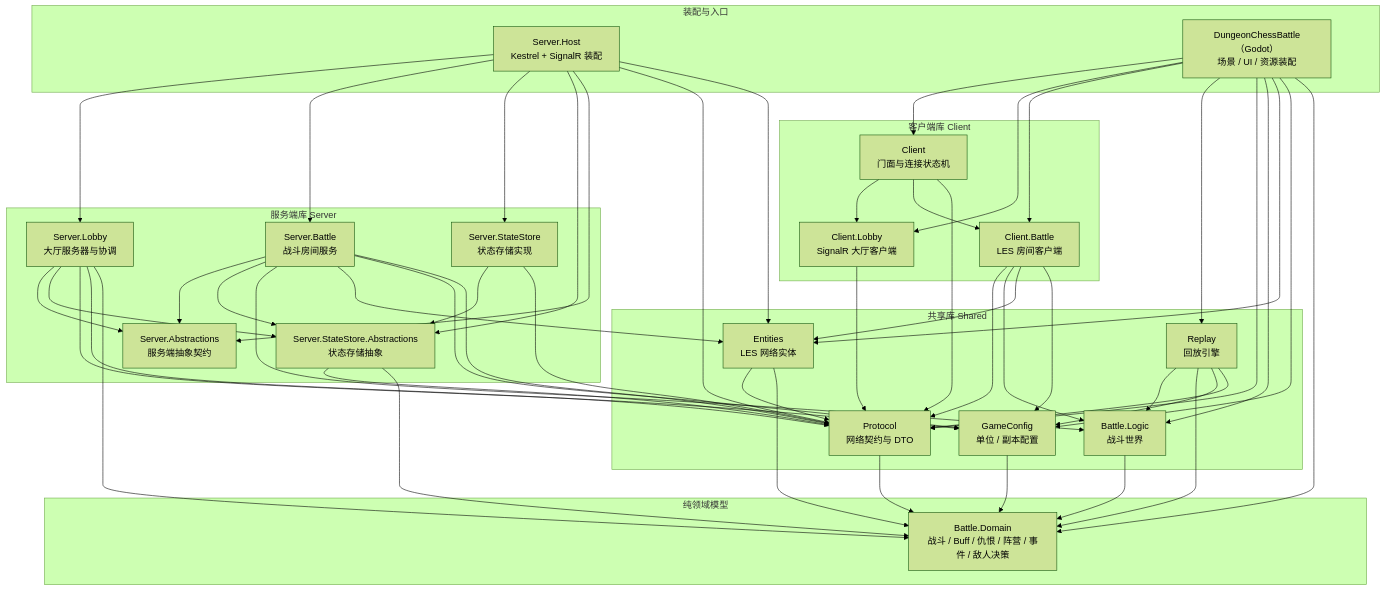
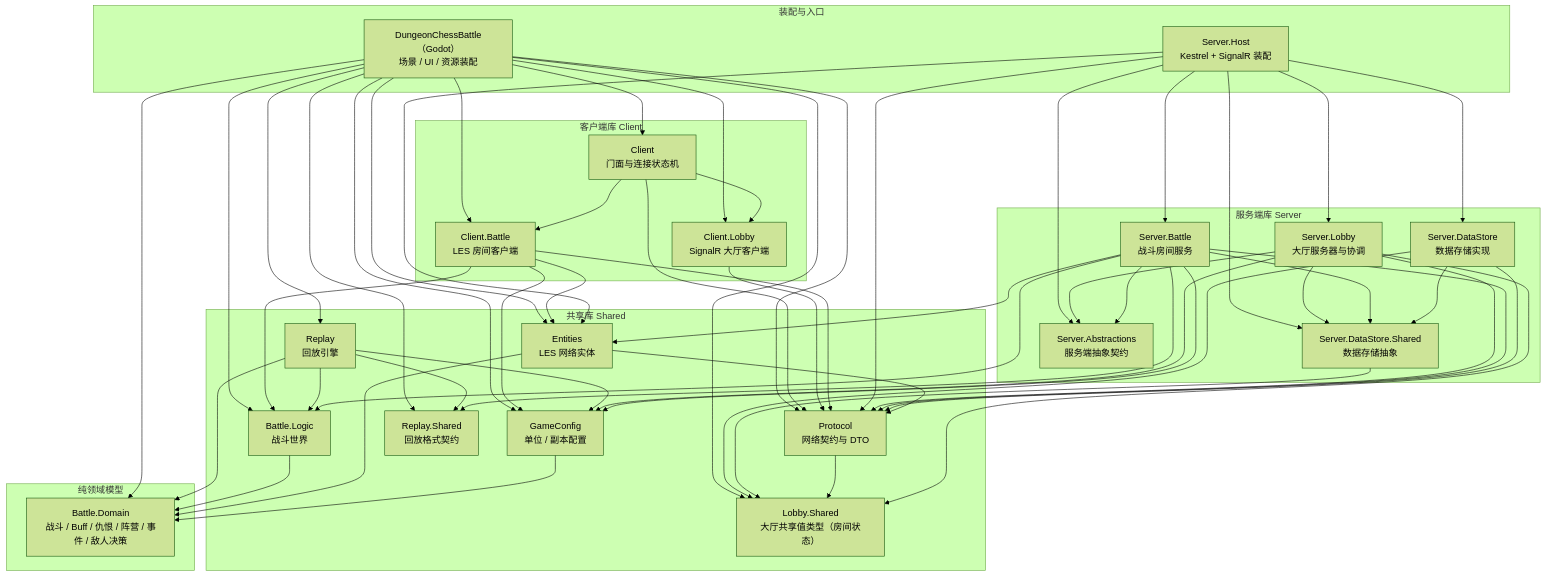
Before and after one commit to DrMelt/dungeon_chess_battle: the diagram in docs/architecture.md, drawn with Mermaid (forest theme). The commit also changed other lines of this file and 69 other files, not shown here.

Commit message:
refactor: 共享契约拆分独立库（Lobby.Shared / Replay.Shared），状态存储更名 DataStore，副本键归 GameConfig

```diff
--- a/docs/architecture.md
+++ b/docs/architecture.md
@@ -24,27 +24,31 @@
     subgraph ServerLayer["服务端库 Server"]
         LobbySrv["Server.Lobby<br>大厅服务器与协调"]
         BattleSrv["Server.Battle<br>战斗房间服务"]
-        Store["Server.StateStore<br>状态存储实现"]
-        StoreAbst["Server.StateStore.Abstractions<br>状态存储抽象"]
+        Store["Server.DataStore<br>数据存储实现"]
+        StoreAbst["Server.DataStore.Shared<br>数据存储抽象"]
         ServerAbst["Server.Abstractions<br>服务端抽象契约"]
     end
 
     subgraph SharedLayer["共享库 Shared"]
+        LobbyShared["Lobby.Shared<br>大厅共享值类型（房间状态）"]
         Protocol["Protocol<br>网络契约与 DTO"]
         Logic["Battle.Logic<br>战斗世界"]
         Entities["Entities<br>LES 网络实体"]
         GameConfig["GameConfig<br>单位 / 副本配置"]
         Replay["Replay<br>回放引擎"]
+        ReplayShared["Replay.Shared<br>回放格式契约"]
     end
 
     subgraph DomainLayer["纯领域模型"]
         Domain["Battle.Domain<br>战斗 / Buff / 仇恨 / 阵营 / 事件 / 敌人决策"]
     end
 
+    Godot --> LobbyShared
     Godot --> Client
     Godot --> LobbyClient
     Godot --> BattleClient
     Godot --> Replay
+    Godot --> ReplayShared
     Godot --> Protocol
     Godot --> Logic
     Godot --> Entities
@@ -62,7 +66,7 @@
     Replay --> Logic
     Replay --> Domain
     Replay --> GameConfig
-    Replay --> Protocol
+    Replay --> ReplayShared
 
     Host --> LobbySrv
     Host --> BattleSrv
@@ -76,20 +80,21 @@
     LobbySrv --> StoreAbst
     LobbySrv --> GameConfig
     LobbySrv --> Protocol
-    LobbySrv --> Domain
     BattleSrv --> ServerAbst
     BattleSrv --> StoreAbst
     BattleSrv --> Logic
     BattleSrv --> Entities
     BattleSrv --> GameConfig
     BattleSrv --> Protocol
+    BattleSrv --> ReplayShared
 
     Store --> StoreAbst
     Store --> Protocol
-    StoreAbst --> Protocol
-    StoreAbst --> Domain
+    Store --> LobbyShared
+    StoreAbst --> LobbyShared
 
-    Protocol --> Domain
+    Protocol --> LobbyShared
+    LobbySrv --> LobbyShared
     Logic --> Domain
     Entities --> Protocol
     Entities --> Domain
```
